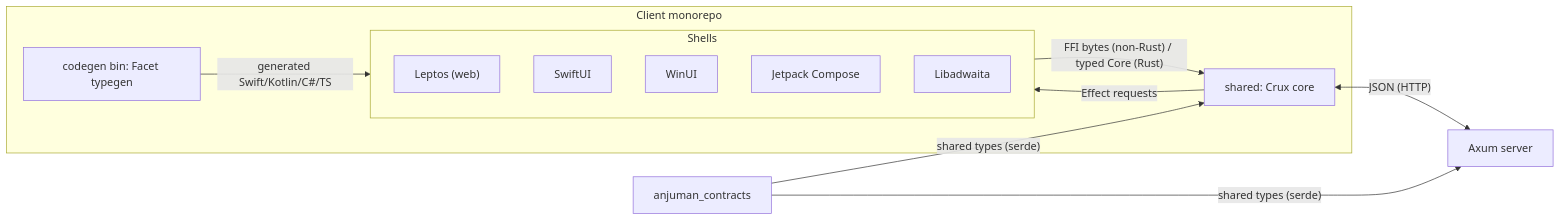
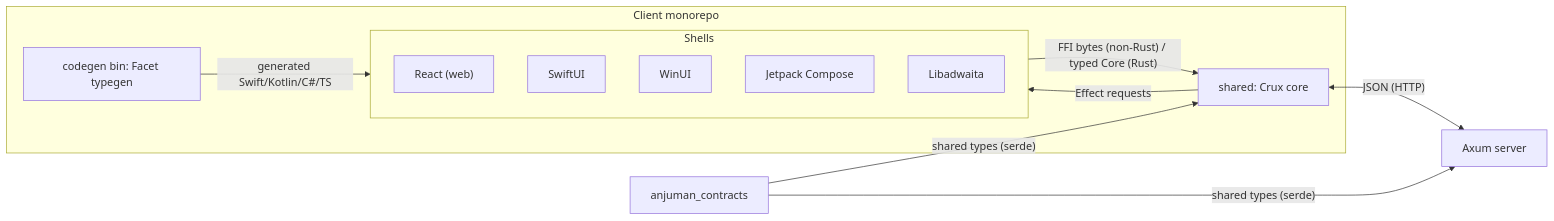
The first of 2 diagrams in docs/client/ARCHITECTURE.md (RTSAjwad/Anjuman), drawn with Mermaid before and after one commit. The commit also changed other lines of this file and 2 other files, not shown here.

First line of the commit message:
docs(client): complete the Leptos→React doc pass

````diff
--- a/docs/client/ARCHITECTURE.md
+++ b/docs/client/ARCHITECTURE.md
@@ -43,23 +43,23 @@
 ```mermaid
 flowchart LR
     subgraph client["Client monorepo"]
         subgraph shells["Shells"]
-            L["Leptos (web)"]
+            R["React (web)"]
             S["SwiftUI"]
             W["WinUI"]
             J["Jetpack Compose"]
             A["Libadwaita"]
         end
         CORE["shared: Crux core"]
         CT["codegen bin: Facet typegen"]
     end
     SRV["Axum server"]
     CON["anjuman_contracts"]
 
     shells -- "FFI bytes (non-Rust) / typed Core (Rust)" --> CORE
     CORE -- Effect requests --> shells
     CT -- generated Swift/Kotlin/C#/TS --> shells
     CORE <-- JSON (HTTP) --> SRV
     CON -- "shared types (serde)" --> CORE
     CON -- "shared types (serde)" --> SRV
 ```
````
